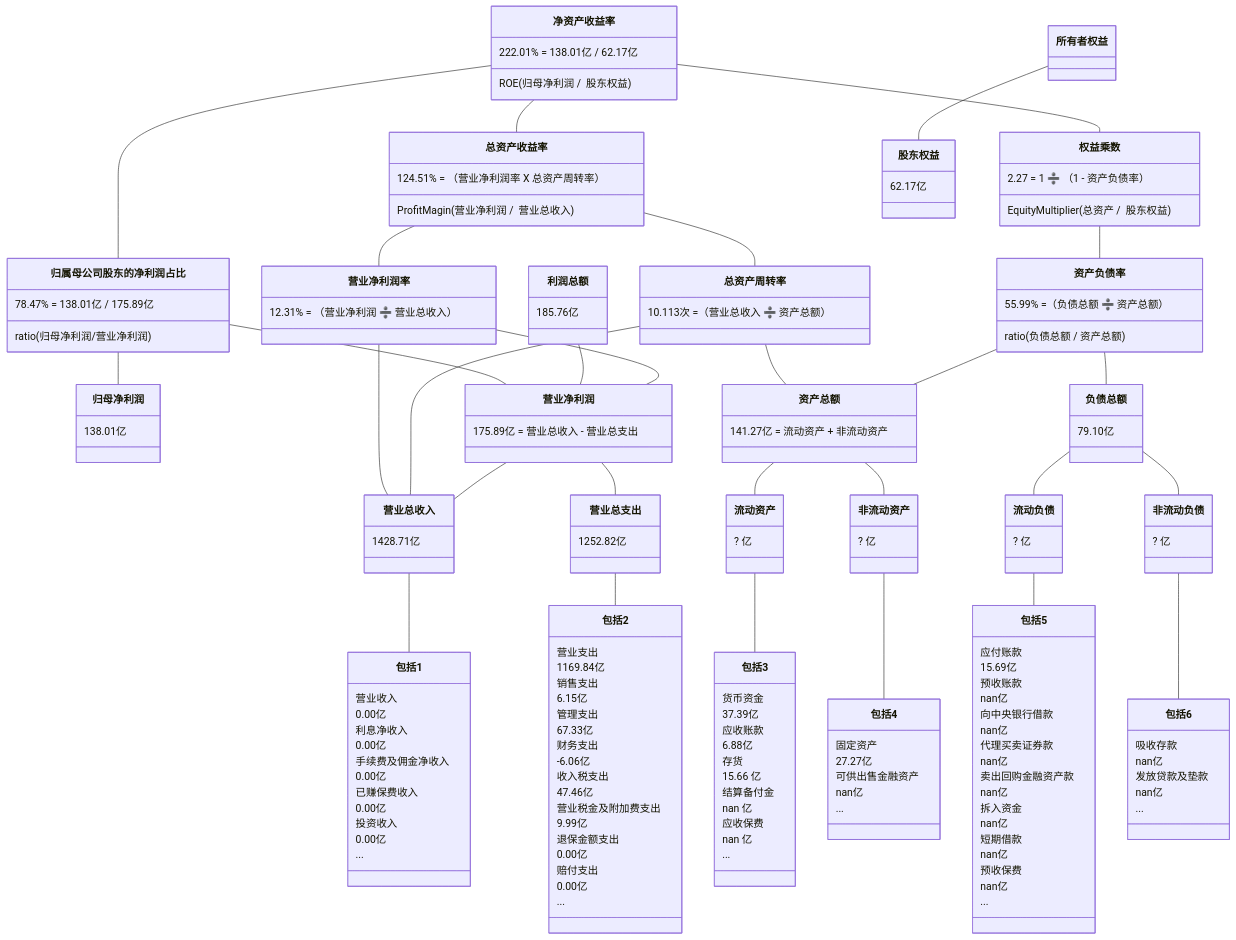
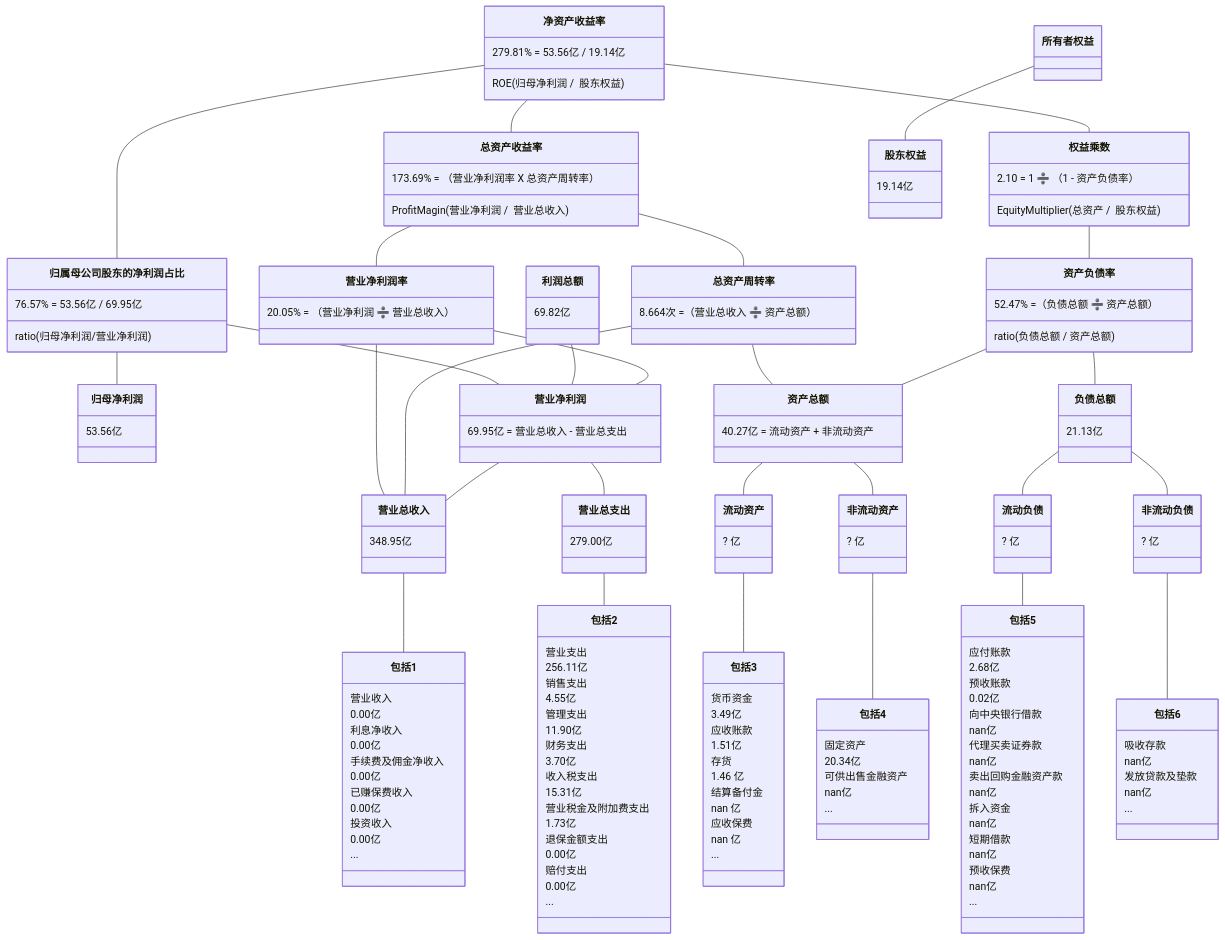
The fourth of 10 diagrams in 2/2.md (TheVeryDarkness/cs410), drawn with Mermaid before and after one commit. The commit also changed other lines of this file and 59 other files, not shown here.

````diff
--- a/2/2.md
+++ b/2/2.md
@@ -491,45 +507,45 @@
 ```mermaid
 classDiagram
 净资产收益率 -- 总资产收益率
-    净资产收益率 : 222.01% = 138.01亿 / 62.17亿
+    净资产收益率 : 279.81% = 53.56亿 / 19.14亿
     净资产收益率 : ROE(归母净利润 /  股东权益)
-    总资产收益率 : 124.51% = （营业净利润率 X 总资产周转率）
+    总资产收益率 : 173.69% = （营业净利润率 X 总资产周转率）
     总资产收益率 : ProfitMagin(营业净利润 /  营业总收入)
 净资产收益率 -- 归属母公司股东的净利润占比
-	  归属母公司股东的净利润占比 : 78.47% = 138.01亿 / 175.89亿
+	  归属母公司股东的净利润占比 : 76.57% = 53.56亿 / 69.95亿
 	  归属母公司股东的净利润占比 : ratio(归母净利润/营业净利润)
 归属母公司股东的净利润占比 -- 归母净利润
-    归母净利润 : 138.01亿
+    归母净利润 : 53.56亿
 归属母公司股东的净利润占比 -- 营业净利润
-利润总额 : 185.76亿
+利润总额 : 69.82亿
 利润总额 -- 营业净利润
 净资产收益率 -- 权益乘数
-    权益乘数 : 2.27 = 1 ➗ （1 - 资产负债率）
+    权益乘数 : 2.10 = 1 ➗ （1 - 资产负债率）
     权益乘数 : EquityMultiplier(总资产 /  股东权益)
 
 总资产收益率 -- 营业净利润率
-    营业净利润率 : 12.31% = （营业净利润 ➗ 营业总收入）
+    营业净利润率 : 20.05% = （营业净利润 ➗ 营业总收入）
 总资产收益率 -- 总资产周转率
-    总资产周转率 : 10.113次 =（营业总收入 ➗ 资产总额）
+    总资产周转率 : 8.664次 =（营业总收入 ➗ 资产总额）
 权益乘数 -- 资产负债率
-    资产负债率  : 55.99% =（负债总额 ➗ 资产总额）
+    资产负债率  : 52.47% =（负债总额 ➗ 资产总额）
     资产负债率  : ratio(负债总额 / 资产总额)
 
 营业净利润率 -- 营业净利润
-    营业净利润 : 175.89亿 = 营业总收入 - 营业总支出
+    营业净利润 : 69.95亿 = 营业总收入 - 营业总支出
 营业净利润率 -- 营业总收入
 总资产周转率 -- 营业总收入
 总资产周转率 -- 资产总额
-    资产总额 : 141.27亿 = 流动资产 + 非流动资产
+    资产总额 : 40.27亿 = 流动资产 + 非流动资产
 资产负债率 -- 负债总额
-    负债总额 : 79.10亿
+    负债总额 : 21.13亿
 资产负债率 -- 资产总额
 
 
 营业净利润 -- 营业总收入
-    营业总收入 : 1428.71亿
+    营业总收入 : 348.95亿
 营业净利润 -- 营业总支出
-    营业总支出 : 1252.82亿
+    营业总支出 : 279.00亿
 资产总额 -- 流动资产
 	  流动资产 : ? 亿
 资产总额 -- 非流动资产
@@ -553,17 +569,17 @@
     包括1 : ...
 营业总支出 -- 包括2
     包括2 : 营业支出
-    包括2 : 1169.84亿
+    包括2 : 256.11亿
     包括2 : 销售支出
-    包括2 : 6.15亿
+    包括2 : 4.55亿
     包括2 : 管理支出
-    包括2 : 67.33亿
+    包括2 : 11.90亿
     包括2 : 财务支出
-    包括2 : -6.06亿
+    包括2 : 3.70亿
     包括2 : 收入税支出
-    包括2 : 47.46亿
+    包括2 : 15.31亿
     包括2 : 营业税金及附加费支出
-    包括2 : 9.99亿
+    包括2 : 1.73亿
     包括2 : 退保金额支出
     包括2 : 0.00亿
     包括2 : 赔付支出
@@ -571,11 +587,11 @@
     包括2 : ...
 流动资产 -- 包括3
     包括3 : 货币资金
-    包括3 : 37.39亿
+    包括3 : 3.49亿
     包括3 : 应收账款
-    包括3 : 6.88亿
+    包括3 : 1.51亿
     包括3 : 存货
-    包括3 : 15.66 亿
+    包括3 : 1.46 亿
     包括3 : 结算备付金
     包括3 : nan 亿
     包括3 : 应收保费
@@ -583,15 +599,15 @@
     包括3 : ...
 非流动资产 -- 包括4
     包括4 : 固定资产
-    包括4 : 27.27亿
+    包括4 : 20.34亿
     包括4 : 可供出售金融资产
     包括4 : nan亿
     包括4 : ...
 流动负债 -- 包括5
     包括5 : 应付账款
-    包括5 : 15.69亿
+    包括5 : 2.68亿
     包括5 : 预收账款
-    包括5 : nan亿
+    包括5 : 0.02亿
     包括5 : 向中央银行借款
     包括5 : nan亿
     包括5 : 代理买卖证券款
@@ -612,5 +628,5 @@
     包括6 : nan亿
     包括6 : ...
 所有者权益 -- 股东权益
-    股东权益 : 62.17亿
+    股东权益 : 19.14亿
 ```
````
